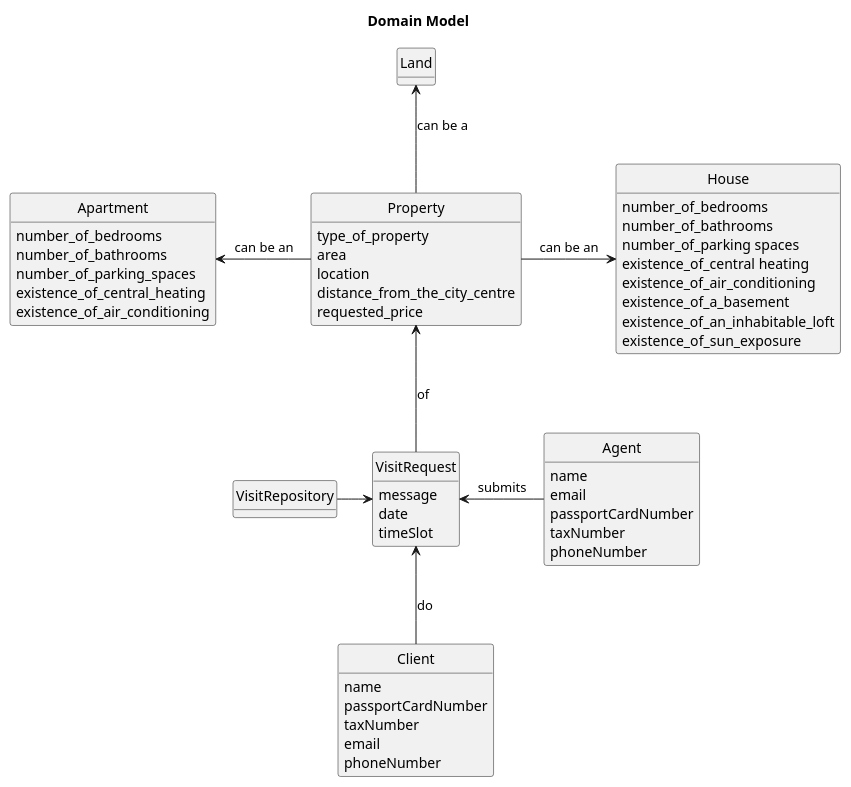
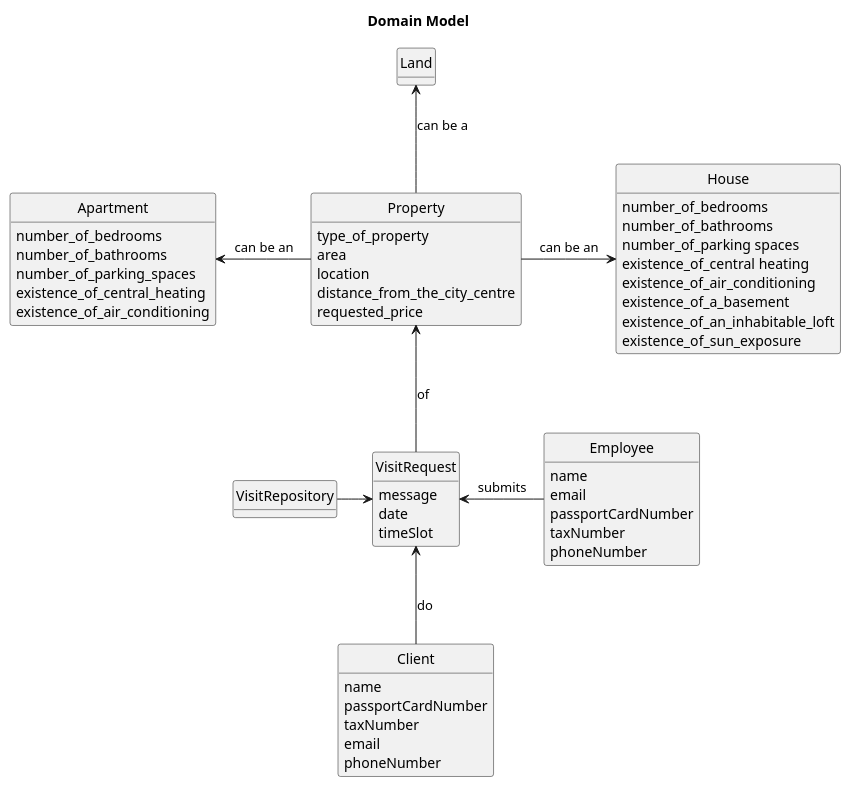
The diagram in docs/Sprint-D/US015/02.analysis/puml/us015-domain-model.puml (Rodrick0209/ISEP-LAPR2-22-23), drawn with PlantUML before and after one commit. The commit also changed 19 other files, not shown here.

```diff
--- a/docs/Sprint-D/US015/02.analysis/puml/us015-domain-model.puml
+++ b/docs/Sprint-D/US015/02.analysis/puml/us015-domain-model.puml
@@ -1,78 +1,78 @@
 @startuml
 skinparam monochrome true
 skinparam packageStyle rectangle
 skinparam shadowing false
 
 'left to right direction
 
 skinparam classAttributeIconSize 0
 
 hide circle
 hide methods
 
 title Domain Model
 
 class Property{
     type_of_property
     area
     location
     distance_from_the_city_centre
     requested_price
 }
 
 
 class VisitRequest {
        message
        date
        timeSlot
 }
 class Land{
 
 }
 
-class Agent{
+class Employee{
     name
     email
     passportCardNumber
     taxNumber
     phoneNumber
 
 }
 
 class Client{
     name
     passportCardNumber
     taxNumber
     email
     phoneNumber
 }
 class VisitRepository{
 }
 
 class Apartment{
     number_of_bedrooms
     number_of_bathrooms
     number_of_parking_spaces
     existence_of_central_heating
     existence_of_air_conditioning
 }
 
 class House{
     number_of_bedrooms
     number_of_bathrooms
     number_of_parking spaces
     existence_of_central heating
     existence_of_air_conditioning
     existence_of_a_basement
     existence_of_an_inhabitable_loft
     existence_of_sun_exposure
 }
 
 Property -u-> Land: can be a
 Property -l-> Apartment : can be an
 Property -r-> House : can be an
 VisitRequest-u->Property : of
 VisitRepository-> VisitRequest
-Agent -l-> VisitRequest : submits
+Employee -l-> VisitRequest : submits
 Client -u-> VisitRequest :  do
 @enduml
```
